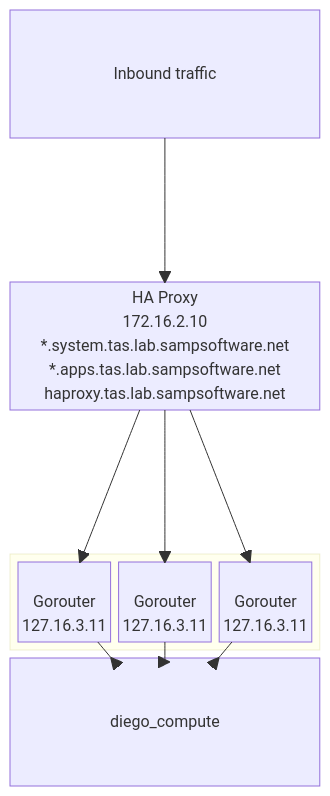
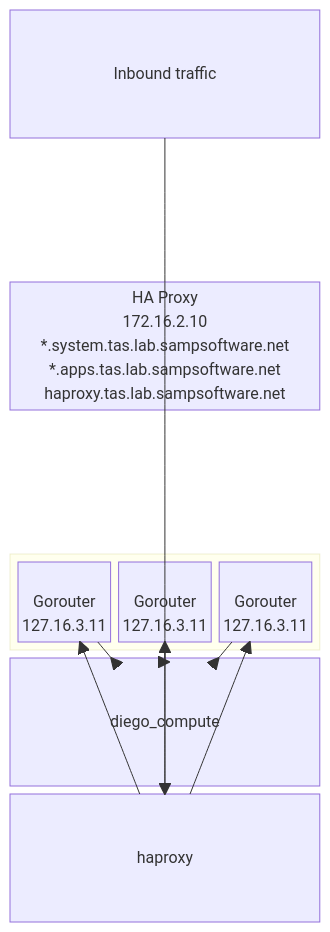
One commit to cgsamp/homelab changed the diagram in architecture.md. Above: the diagram before and after it, drawn with Mermaid.

Commit message:
updated architecture

````diff
--- a/architecture.md
+++ b/architecture.md
@@ -1,37 +1,37 @@
 ```mermaid
 block-beta
     columns 1
     client["Inbound traffic"]
     space
-    haproxy["HA Proxy 
+    ooxy["HA Proxy 
         172.16.2.10
         *.system.tas.lab.sampsoftware.net
         *.apps.tas.lab.sampsoftware.net
         haproxy.tas.lab.sampsoftware.net
         "]
     space
     block:router
         gorouter1 ["
             Gorouter 
             127.16.3.11
             "]
         gorouter2 ["
             Gorouter 
             127.16.3.11
             "]
         gorouter3 ["
         Gorouter 
             127.16.3.11
             "]
     end
     diego_compute
     client --> haproxy
     haproxy --> gorouter1
     haproxy --> gorouter2
     haproxy --> gorouter3
     gorouter1-->diego_compute
     gorouter2-->diego_compute
     gorouter3-->diego_compute
 
     style client word-wrap: break-word;
 ```
````
